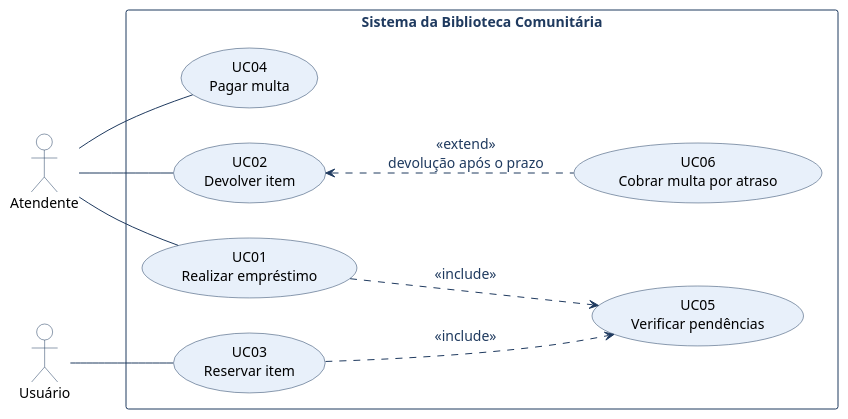
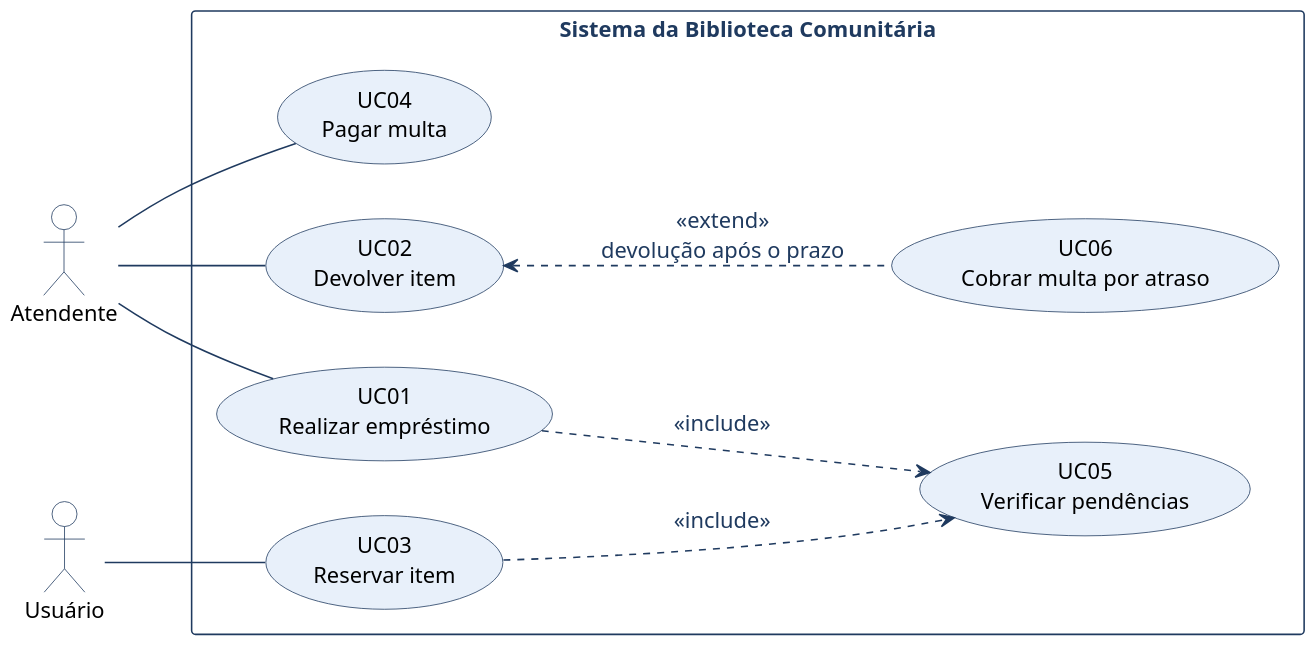
One commit to josercf/uninove-2026-2-ead-modelagem-oo changed the diagram in topico-05-casos-de-uso/casos-de-uso.puml. Above: the diagram before and after it, drawn with PlantUML.

Commit message:
docs: diagrama de casos de uso sem nome fixo de saída e em 150 dpi

```diff
--- a/topico-05-casos-de-uso/casos-de-uso.puml
+++ b/topico-05-casos-de-uso/casos-de-uso.puml
@@ -1,39 +1,40 @@
-@startuml casos-de-uso
+@startuml
 ' Diagrama de casos de uso da Biblioteca Comunitária, tópico 05.
 ' A especificação textual do UC01 fica em CASOS_DE_USO.md.
 left to right direction
 skinparam backgroundColor white
+skinparam dpi 150
 skinparam defaultFontName Arial
 skinparam defaultFontSize 14
 skinparam shadowing false
 skinparam ArrowColor #1F3A5F
 skinparam ArrowFontColor #1F3A5F
 skinparam ActorBorderColor #1F3A5F
 skinparam ActorBackgroundColor #FFFFFF
 skinparam UsecaseBorderColor #1F3A5F
 skinparam UsecaseBackgroundColor #E8F0FA
 skinparam UsecaseFontColor #000000
 skinparam RectangleBorderColor #1F3A5F
 skinparam RectangleFontColor #1F3A5F
 
 actor "Atendente" as Atendente
 actor "Usuário" as Usuario
 
 rectangle "Sistema da Biblioteca Comunitária" {
   usecase "UC01\nRealizar empréstimo" as UC01
   usecase "UC02\nDevolver item" as UC02
   usecase "UC03\nReservar item" as UC03
   usecase "UC04\nPagar multa" as UC04
   usecase "UC05\nVerificar pendências" as UC05
   usecase "UC06\nCobrar multa por atraso" as UC06
 }
 
 Atendente -- UC01
 Atendente -- UC02
 Atendente -- UC04
 Usuario -- UC03
 
 UC01 ..> UC05 : <<include>>
 UC03 ..> UC05 : <<include>>
 UC02 <.. UC06 : <<extend>>\ndevolução após o prazo
 @enduml
```
